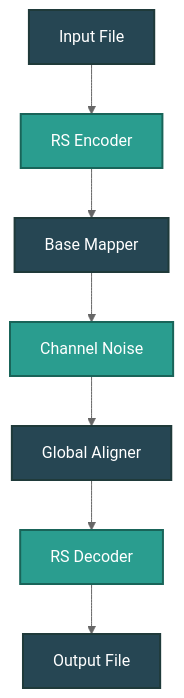
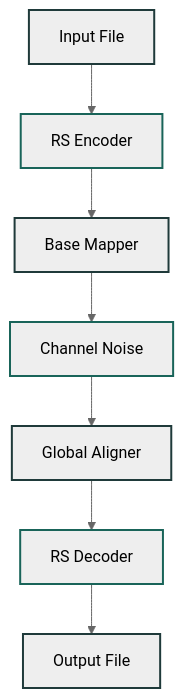
One commit to feeka/dna-storage changed the diagram in README.md. Above: the diagram before and after it, drawn with Mermaid (neutral theme).

Commit message:
docs: mermaid pipeline TD + apply plot color palette

````diff
--- a/README.md
+++ b/README.md
@@ -8,19 +8,19 @@
 ```mermaid
 graph TD
 	A[Input File] --> B[RS Encoder]
 	B --> C[Base Mapper]
 	C --> D[Channel Noise]
 	D --> E[Global Aligner]
 	E --> F[RS Decoder]
 	F --> G[Output File]
 
 	%% Two-color palette (primary + accent) borrowed from the pretty plot
 	%% Primary: #264653 (dark teal), Accent: #2a9d8f (green)
-	style A fill:#264653,stroke:#1f3a3a,stroke-width:2px,color:#ffffff
-	style B fill:#2a9d8f,stroke:#196459,stroke-width:2px,color:#ffffff
-	style C fill:#264653,stroke:#1f3a3a,stroke-width:2px,color:#ffffff
-	style D fill:#2a9d8f,stroke:#196459,stroke-width:2px,color:#ffffff
-	style E fill:#264653,stroke:#1f3a3a,stroke-width:2px,color:#ffffff
-	style F fill:#2a9d8f,stroke:#196459,stroke-width:2px,color:#ffffff
-	style G fill:#264653,stroke:#1f3a3a,stroke-width:2px,color:#ffffff
+	style A stroke:#1f3a3a,stroke-width:2px
+	style B stroke:#196459,stroke-width:2px
+	style C stroke:#1f3a3a,stroke-width:2px
+	style D stroke:#196459,stroke-width:2px
+	style E stroke:#1f3a3a,stroke-width:2px
+	style F stroke:#196459,stroke-width:2px
+	style G stroke:#1f3a3a,stroke-width:2px
 ```
````
